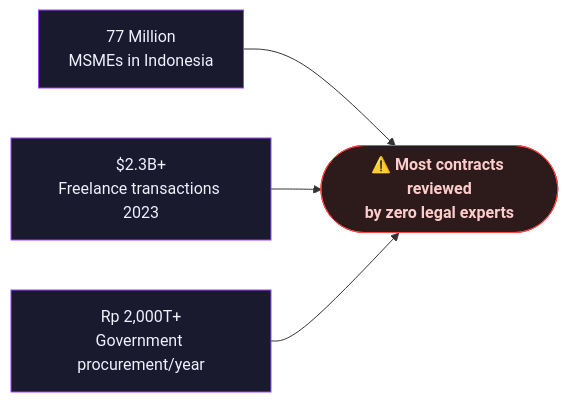
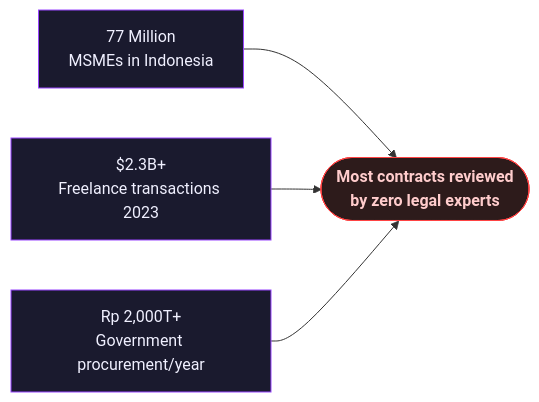
The second of 2 diagrams in docs/product/problem.md (ContracGuardAI/frontend), drawn with Mermaid before and after one commit. The commit also changed other lines of this file and 40 other files, not shown here.

````diff
--- a/docs/product/problem.md
+++ b/docs/product/problem.md
@@ -93,12 +93,12 @@
 ```mermaid
 graph LR
     A["77 Million\nMSMEs in Indonesia"] --> D
     B["$2.3B+\nFreelance transactions 2023"] --> D
     C["Rp 2,000T+\nGovernment procurement/year"] --> D
-    D(["⚠️ Most contracts reviewed\nby zero legal experts"])
+    D(["Most contracts reviewed\nby zero legal experts"])
 
     style D fill:#2d1b1b,stroke:#ff4444,color:#ffcccc,font-weight:bold
     style A fill:#1a1a2e,stroke:#9945FF,color:#f0f0ff
     style B fill:#1a1a2e,stroke:#9945FF,color:#f0f0ff
     style C fill:#1a1a2e,stroke:#9945FF,color:#f0f0ff
 ```
````
